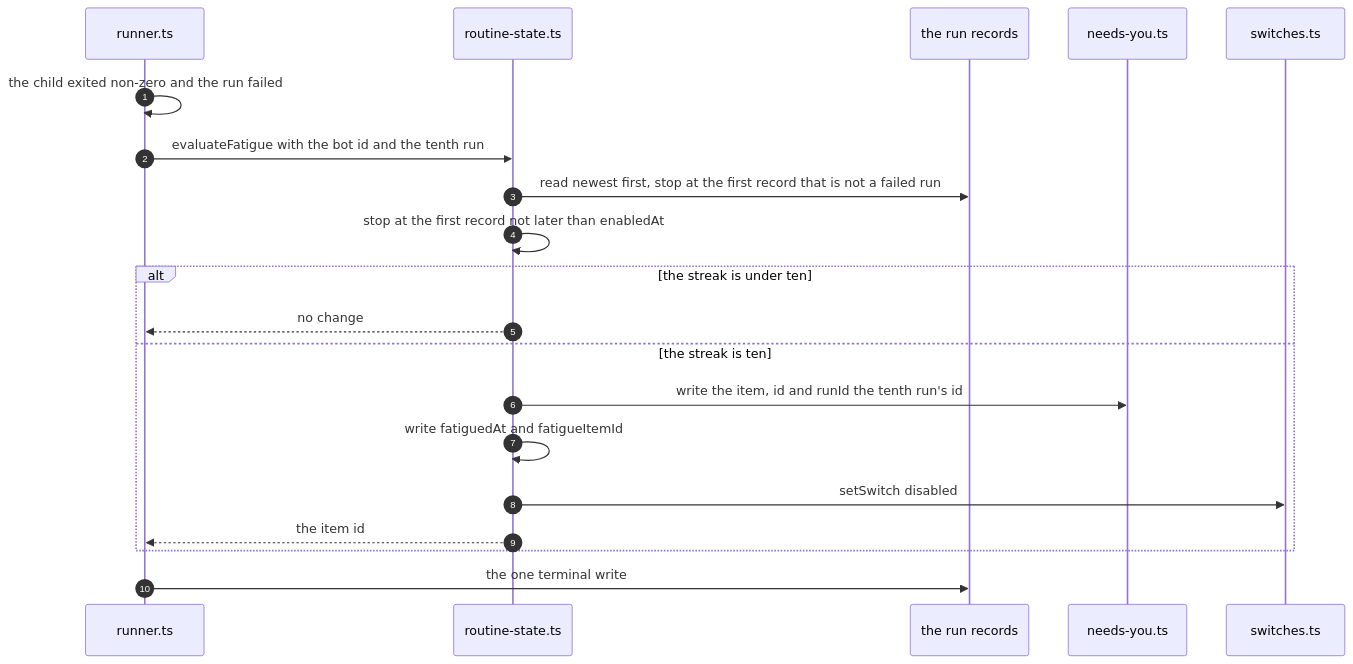
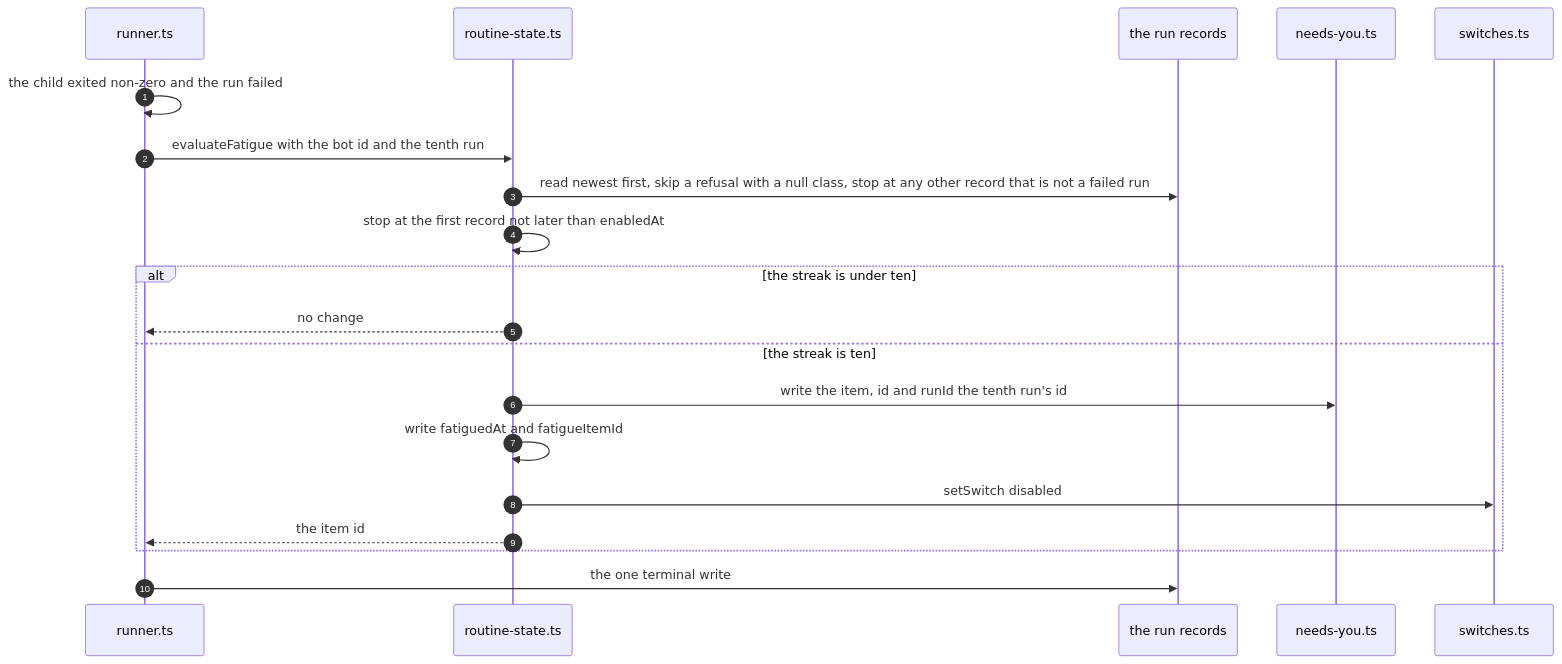
The third of 5 diagrams in specs/system-skilled-bots/003-openbot-parity-build/002-routine-layer/design/state-machines.md (MichelKerkmeester/skilled-agent-harness_spec-driven-loops), drawn with Mermaid before and after one commit. The commit also changed other lines of this file and 145 other files, not shown here.

````diff
--- a/specs/system-skilled-bots/003-openbot-parity-build/002-routine-layer/design/state-machines.md
+++ b/specs/system-skilled-bots/003-openbot-parity-build/002-routine-layer/design/state-machines.md
@@ -175,22 +175,22 @@
 ```mermaid
 sequenceDiagram
   autonumber
   participant Rn as runner.ts
   participant Rs as routine-state.ts
   participant Rc as the run records
   participant Ny as needs-you.ts
   participant Sw as switches.ts
   Rn->>Rn: the child exited non-zero and the run failed
   Rn->>Rs: evaluateFatigue with the bot id and the tenth run
-  Rs->>Rc: read newest first, stop at the first record that is not a failed run
+  Rs->>Rc: read newest first, skip a refusal with a null class, stop at any other record that is not a failed run
   Rs->>Rs: stop at the first record not later than enabledAt
   alt the streak is under ten
     Rs-->>Rn: no change
   else the streak is ten
     Rs->>Ny: write the item, id and runId the tenth run's id
     Rs->>Rs: write fatiguedAt and fatigueItemId
     Rs->>Sw: setSwitch disabled
     Rs-->>Rn: the item id
   end
   Rn->>Rc: the one terminal write
 ```
````
